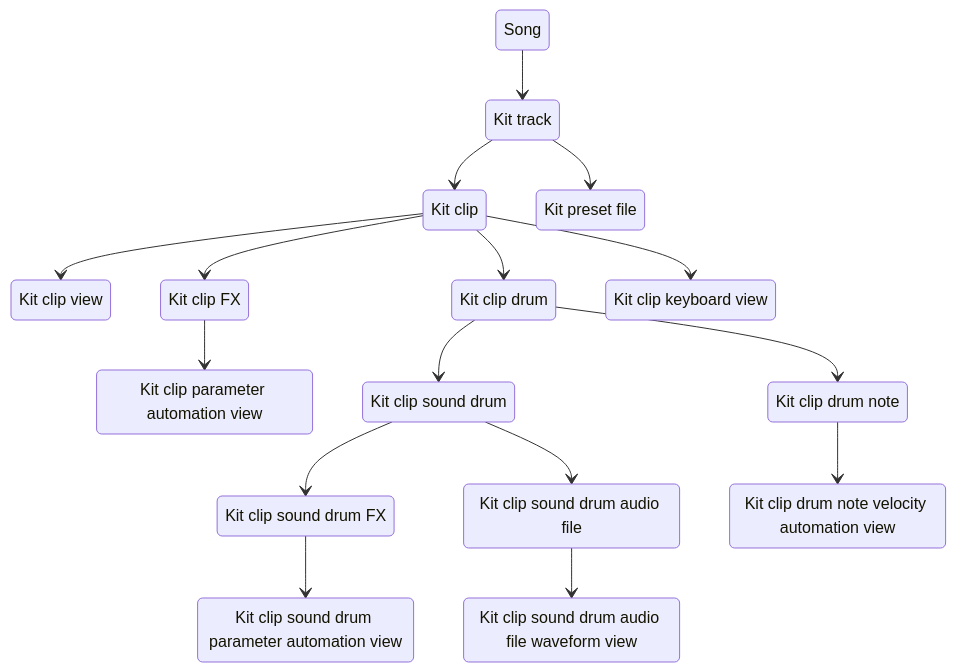
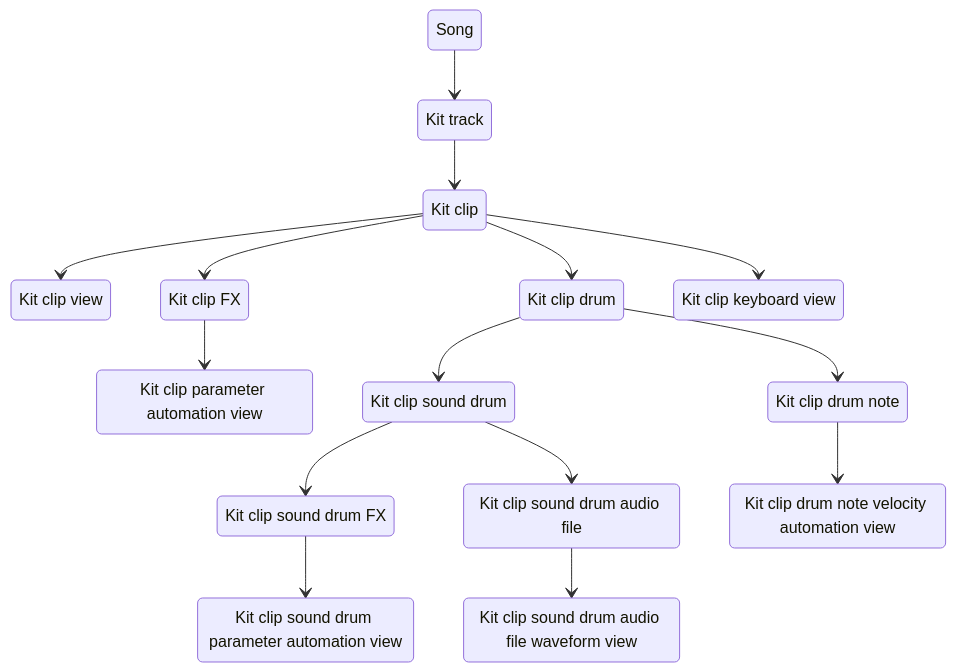
Before and after one commit to SynthstromAudible/DelugeFirmware: diagram 14 of 16 in website/src/content/docs/manual/introduction/concepts.mdx, drawn with Mermaid. The commit also changed other lines of this file and 1 other file, not shown here.

````diff
--- a/website/src/content/docs/manual/introduction/concepts.mdx
+++ b/website/src/content/docs/manual/introduction/concepts.mdx
@@ -482,34 +465,32 @@
 ```mermaid
 stateDiagram-v2
   Song --> KitTrack
   KitTrack --> KitClip
-  KitTrack --> KitPresetFile
   KitClip --> KitClipView
   KitClip --> KitClipFX
   KitClipFX --> KitClipAutomationView
   KitClip --> KitClipDrum
   KitClipDrum --> KitClipSoundDrum
   KitClipSoundDrum --> KitClipSoundDrumFX
   KitClipSoundDrumFX --> KitClipSoundDrumAutomationView
   KitClipSoundDrum --> KitClipSoundDrumAudioFile
   KitClipSoundDrumAudioFile --> KitClipSoundDrumWaveformView
   KitClipDrum --> KitClipDrumNote
   KitClipDrumNote --> KitClipDrumNoteVelocityAutomationView
   KitClip --> KitClipKeyboardView
 
   KitTrack: Kit track
-  KitPresetFile: Kit preset file
   KitClip: Kit clip
   KitClipView: Kit clip view
   KitClipFX: Kit clip FX
   KitClipAutomationView: Kit clip parameter automation view
   KitClipDrum: Kit clip drum
   KitClipSoundDrum: Kit clip sound drum
   KitClipSoundDrumFX: Kit clip sound drum FX
   KitClipSoundDrumAutomationView: Kit clip sound drum parameter automation view
   KitClipSoundDrumAudioFile: Kit clip sound drum audio file
   KitClipSoundDrumWaveformView: Kit clip sound drum audio file waveform view
   KitClipDrumNote: Kit clip drum note
   KitClipDrumNoteVelocityAutomationView: Kit clip drum note velocity automation view
   KitClipKeyboardView: Kit clip keyboard view
 ```
````
